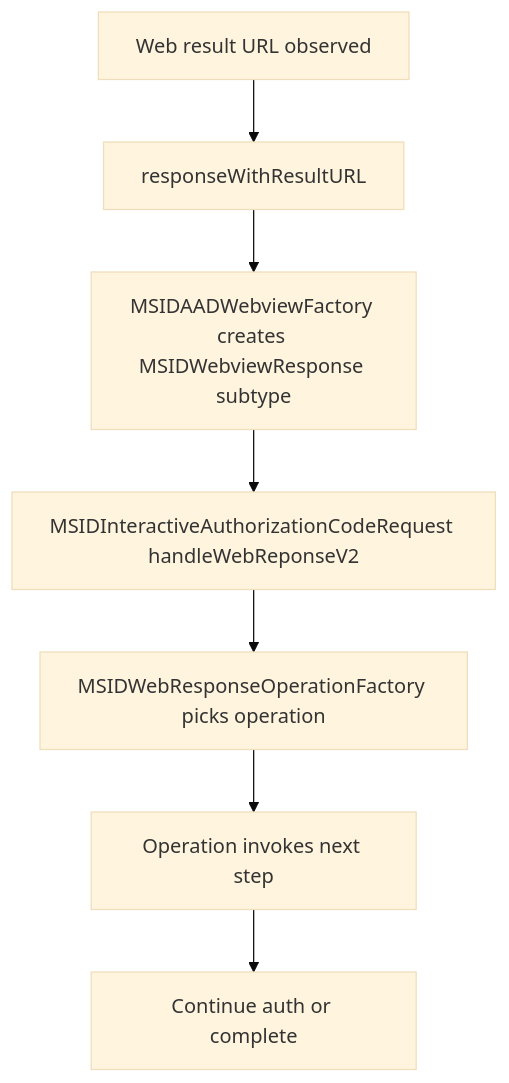
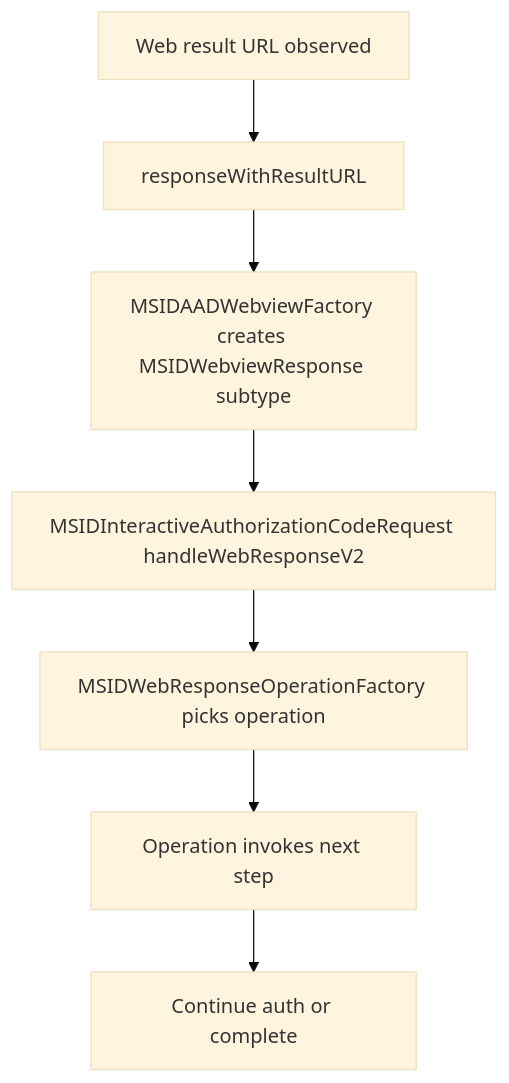
The second of 2 diagrams in docs/design/mdm-onboarding-approach-comparison.md (AzureAD/microsoft-authentication-library-for-objc), drawn with Mermaid (base theme) before and after one commit. The commit also changed other lines of this file, not shown here.

Commit message:
docs: fix method name typo in mdm onboarding design doc
Agent-Logs-Url: https://github.com/AzureAD/microsoft-authentication-library-for-objc/sessions/9dd291d6-cef3-4b92-90dd-9014cad81d66

````diff
--- a/docs/design/mdm-onboarding-approach-comparison.md
+++ b/docs/design/mdm-onboarding-approach-comparison.md
@@ -65,9 +65,9 @@
 ```mermaid
 flowchart TD
     A[Web result URL observed] --> B[responseWithResultURL]
     B --> C[MSIDAADWebviewFactory creates MSIDWebviewResponse subtype]
-    C --> D[MSIDInteractiveAuthorizationCodeRequest handleWebReponseV2]
+    C --> D[MSIDInteractiveAuthorizationCodeRequest handleWebResponseV2]
     D --> E[MSIDWebResponseOperationFactory picks operation]
     E --> F[Operation invokes next step]
     F --> G[Continue auth or complete]
 ```
````
